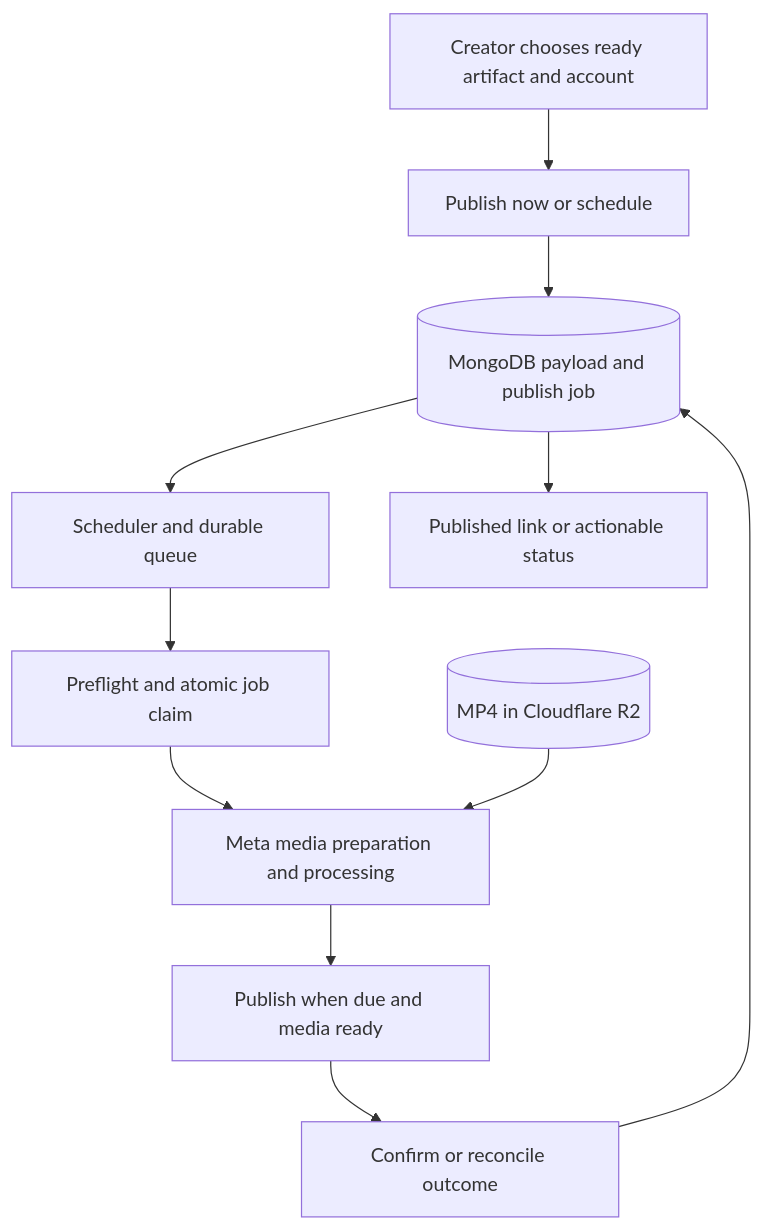
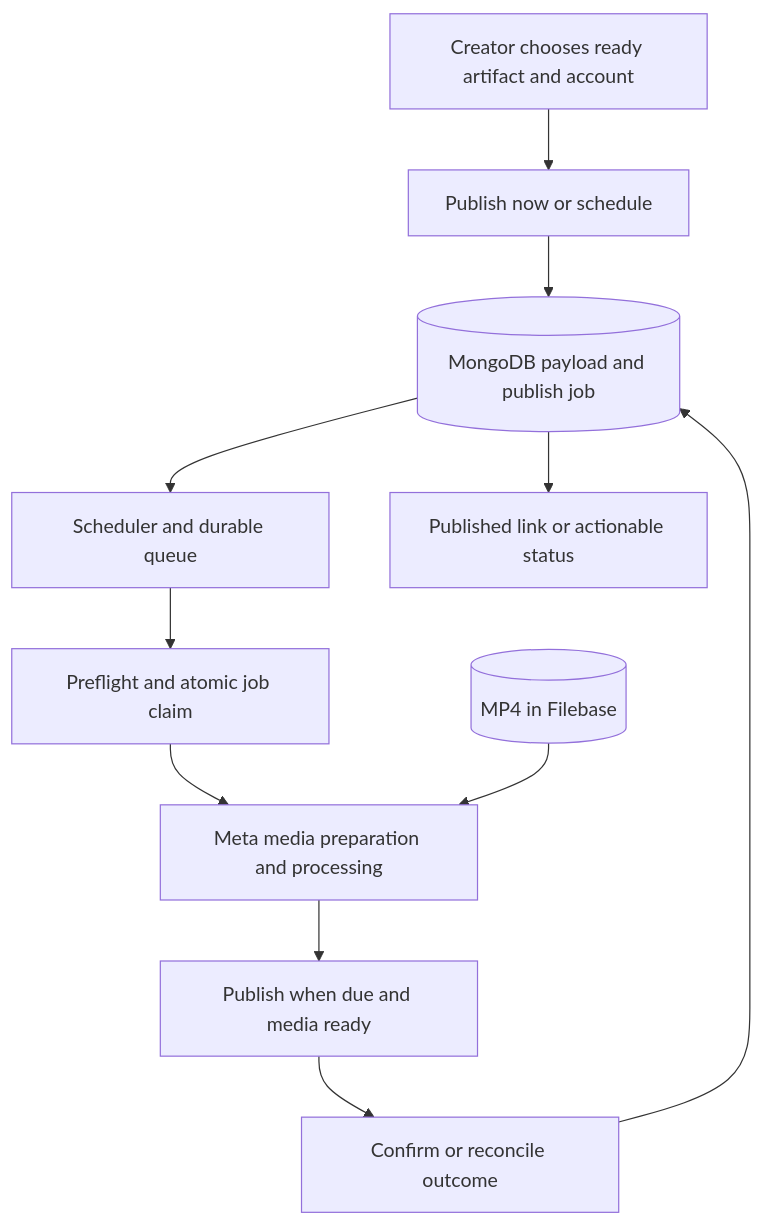
The third of 3 diagrams in docs/ChitraBodh-V1-PRD.md (balajiraparti/ChitraBodh---AI-powered-Video-Generator), drawn with Mermaid before and after one commit. The commit also changed other lines of this file and 9 other files, not shown here.

````diff
--- a/docs/ChitraBodh-V1-PRD.md
+++ b/docs/ChitraBodh-V1-PRD.md
@@ -521,13 +523,13 @@
 ```mermaid
 flowchart TD
     U[Creator chooses ready artifact and account] --> A[Publish now or schedule]
     A --> D[(MongoDB payload and publish job)]
     D --> Q[Scheduler and durable queue]
     Q --> C[Preflight and atomic job claim]
     C --> M[Meta media preparation and processing]
-    S[(MP4 in Cloudflare R2)] --> M
+    S[(MP4 in Filebase)] --> M
     M --> F[Publish when due and media ready]
     F --> R[Confirm or reconcile outcome]
     R --> D
     D --> UI[Published link or actionable status]
 ```
````
